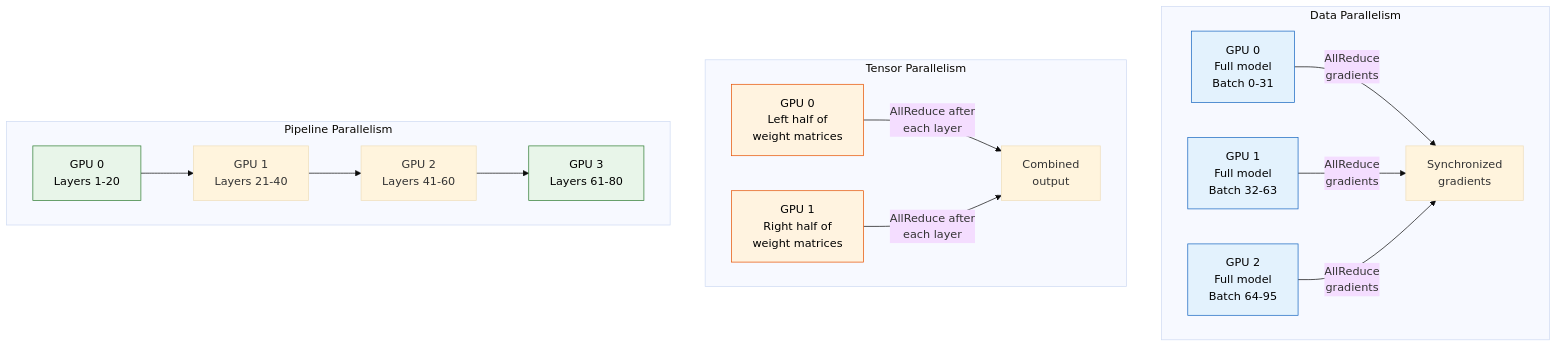
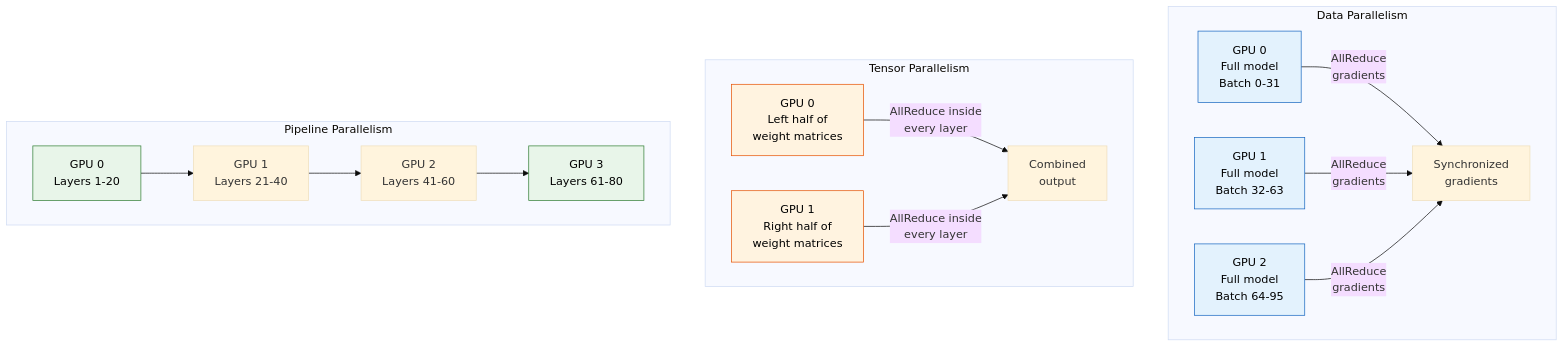
Diagram 20 of 26 in content/34b_google_top10_ml_interview_part2.md (Hmago/ml4), drawn with Mermaid (base theme) before and after one commit. The commit also changed other lines of this file and 59 other files, not shown here.

````diff
--- a/content/34b_google_top10_ml_interview_part2.md
+++ b/content/34b_google_top10_ml_interview_part2.md
@@ -1428,32 +2330,32 @@
 ```mermaid
 graph TD
     subgraph "Data Parallelism"
         direction LR
         D1["GPU 0<br/>Full model<br/>Batch 0-31"] 
         D2["GPU 1<br/>Full model<br/>Batch 32-63"]
         D3["GPU 2<br/>Full model<br/>Batch 64-95"]
         D1 & D2 & D3 -->|"AllReduce<br/>gradients"| SYNC["Synchronized<br/>gradients"]
     end
 
     subgraph "Tensor Parallelism"
         direction LR
         T1["GPU 0<br/>Left half of<br/>weight matrices"]
         T2["GPU 1<br/>Right half of<br/>weight matrices"]
-        T1 & T2 -->|"AllReduce after<br/>each layer"| TOUT["Combined<br/>output"]
+        T1 & T2 -->|"AllReduce inside<br/>every layer"| TOUT["Combined<br/>output"]
     end
 
     subgraph "Pipeline Parallelism"
         direction LR
         P1["GPU 0<br/>Layers 1-20"] --> P2["GPU 1<br/>Layers 21-40"]
         P2 --> P3["GPU 2<br/>Layers 41-60"]
         P3 --> P4["GPU 3<br/>Layers 61-80"]
     end
 
     style D1 fill:#e3f2fd,stroke:#1565c0,color:#000
     style D2 fill:#e3f2fd,stroke:#1565c0,color:#000
     style D3 fill:#e3f2fd,stroke:#1565c0,color:#000
     style T1 fill:#fff3e0,stroke:#e65100,color:#000
     style T2 fill:#fff3e0,stroke:#e65100,color:#000
     style P1 fill:#e8f5e9,stroke:#2e7d32,color:#000
     style P4 fill:#e8f5e9,stroke:#2e7d32,color:#000
 ```
````
